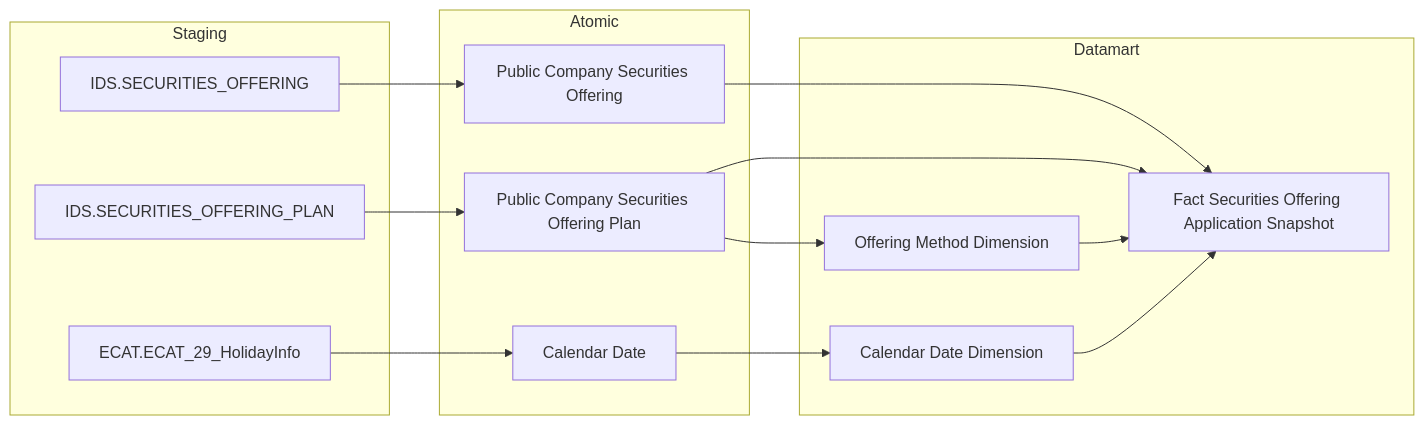
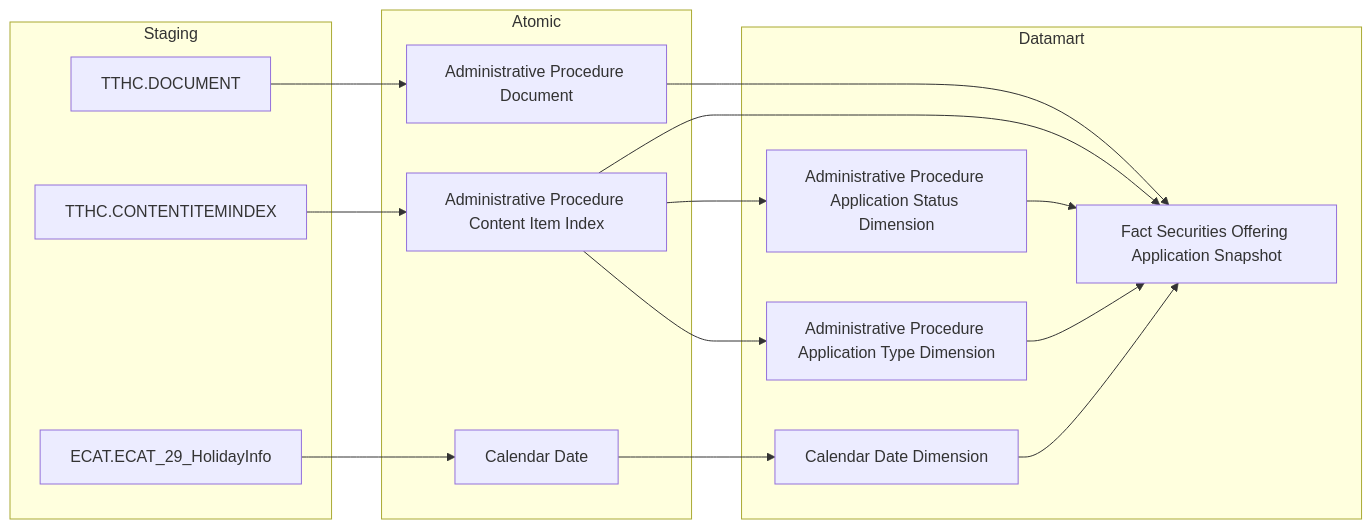
The fifth of 22 diagrams in Datamart/hld/DTM_QLCB_HLD.md (linhlvit/ubck_atomic_design), drawn with Mermaid before and after one commit. The commit also changed other lines of this file and 13 other files, not shown here.

First line of the commit message:
QLCB Nhóm 5/6: đổi nguồn hồ sơ đăng ký chào bán từ IDS sang TTHC

````diff
--- a/Datamart/hld/DTM_QLCB_HLD.md
+++ b/Datamart/hld/DTM_QLCB_HLD.md
@@ -211,32 +230,35 @@
 ```mermaid
 flowchart LR
     subgraph SRC["Staging"]
-        IDS_SECURITIES_OFFERING["IDS.SECURITIES_OFFERING"]
-        IDS_SECURITIES_OFFERING_PLAN["IDS.SECURITIES_OFFERING_PLAN"]
+        TTHC_DOCUMENT["TTHC.DOCUMENT"]
+        TTHC_CONTENTITEMINDEX["TTHC.CONTENTITEMINDEX"]
         ECAT_ECAT_29_HolidayInfo["ECAT.ECAT_29_HolidayInfo"]
     end
 
     subgraph SIL["Atomic"]
-        Public_Company_Securities_Offering["Public Company Securities Offering"]
-        Public_Company_Securities_Offering_Plan["Public Company Securities Offering Plan"]
+        Administrative_Procedure_Document["Administrative Procedure Document"]
+        Administrative_Procedure_Content_Item_Index["Administrative Procedure Content Item Index"]
         Calendar_Date["Calendar Date"]
     end
 
     subgraph GOLD["Datamart"]
         fct_securities_offering_application_snpst["Fact Securities Offering Application Snapshot"]
         cdr_dt_dim["Calendar Date Dimension"]
-        offering_method_dim["Offering Method Dimension"]
+        ap_application_status_dim["Administrative Procedure Application Status Dimension"]
+        ap_application_tp_dim["Administrative Procedure Application Type Dimension"]
     end
 
-    IDS_SECURITIES_OFFERING --> Public_Company_Securities_Offering
-    IDS_SECURITIES_OFFERING_PLAN --> Public_Company_Securities_Offering_Plan
+    TTHC_DOCUMENT --> Administrative_Procedure_Document
+    TTHC_CONTENTITEMINDEX --> Administrative_Procedure_Content_Item_Index
     ECAT_ECAT_29_HolidayInfo --> Calendar_Date
 
-    Public_Company_Securities_Offering --> fct_securities_offering_application_snpst
-    Public_Company_Securities_Offering_Plan --> fct_securities_offering_application_snpst
-    Public_Company_Securities_Offering_Plan --> offering_method_dim
+    Administrative_Procedure_Document --> fct_securities_offering_application_snpst
+    Administrative_Procedure_Content_Item_Index --> fct_securities_offering_application_snpst
+    Administrative_Procedure_Content_Item_Index --> ap_application_status_dim
+    Administrative_Procedure_Content_Item_Index --> ap_application_tp_dim
     Calendar_Date --> cdr_dt_dim
 
     cdr_dt_dim --> fct_securities_offering_application_snpst
-    offering_method_dim --> fct_securities_offering_application_snpst
+    ap_application_status_dim --> fct_securities_offering_application_snpst
+    ap_application_tp_dim --> fct_securities_offering_application_snpst
 ```
````
